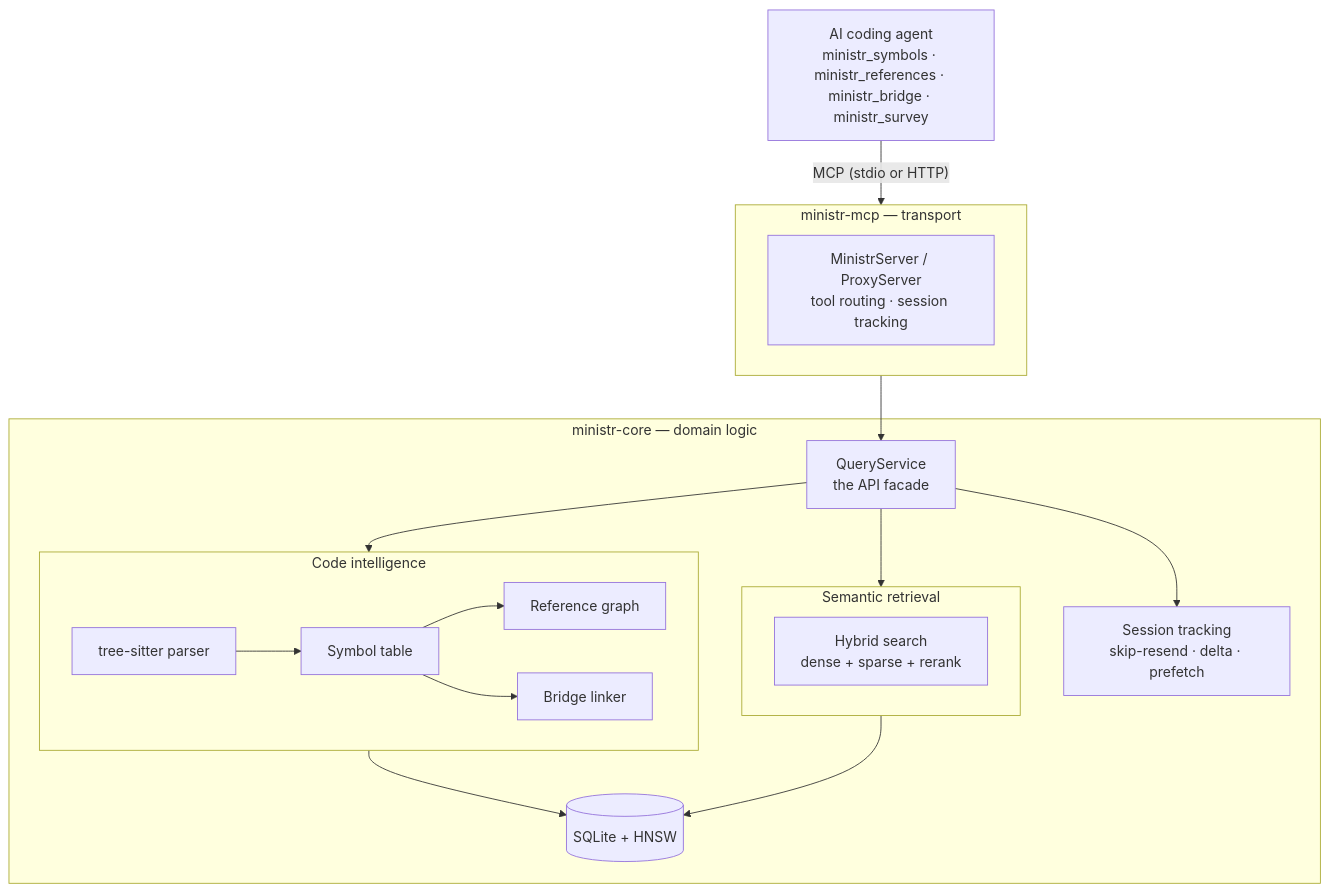
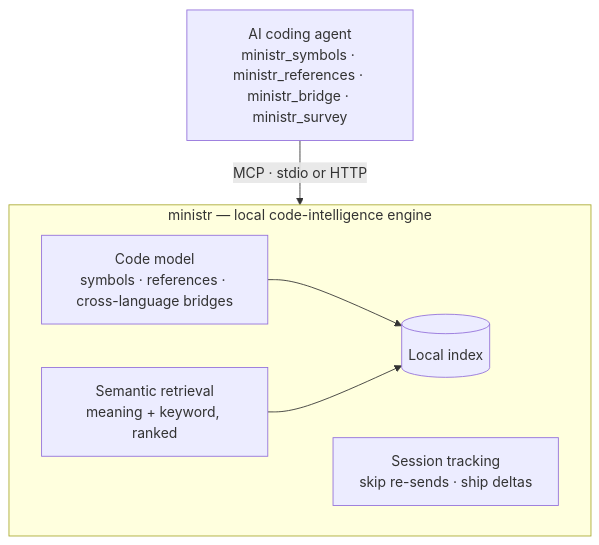
Before and after one commit to OlsonSoftware/ministr: the diagram in docs-next/content/docs/architecture.mdx, drawn with Mermaid. The commit also changed other lines of this file and 13 other files, not shown here.

````diff
--- a/docs-next/content/docs/architecture.mdx
+++ b/docs-next/content/docs/architecture.mdx
@@ -10,37 +10,15 @@
 ```mermaid
 flowchart TB
   agent["AI coding agent<br/>ministr_symbols · ministr_references · ministr_bridge · ministr_survey"]
 
-  subgraph transport["ministr-mcp — transport"]
-    server["MinistrServer / ProxyServer<br/>tool routing · session tracking"]
+  subgraph engine["ministr — local code-intelligence engine"]
+    intel["Code model<br/>symbols · references · cross-language bridges"]
+    retr["Semantic retrieval<br/>meaning + keyword, ranked"]
+    sess["Session tracking<br/>skip re-sends · ship deltas"]
+    index[("Local index")]
+    intel --> index
+    retr --> index
   end
 
-  subgraph core["ministr-core — domain logic"]
-    query["QueryService<br/>the API facade"]
-
-    subgraph ci["Code intelligence"]
-      parser["tree-sitter parser"]
-      symbols["Symbol table"]
-      refs["Reference graph"]
-      bridges["Bridge linker"]
-      parser --> symbols --> refs
-      symbols --> bridges
-    end
-
-    subgraph retr["Semantic retrieval"]
-      hybrid["Hybrid search<br/>dense + sparse + rerank"]
-    end
-
-    sessions["Session tracking<br/>skip-resend · delta · prefetch"]
-    store[("SQLite + HNSW")]
-
-    query --> ci
-    query --> retr
-    query --> sessions
-    ci --> store
-    retr --> store
-  end
-
-  agent -->|"MCP (stdio or HTTP)"| transport
-  transport --> query
+  agent -->|"MCP · stdio or HTTP"| engine
 ```
````
